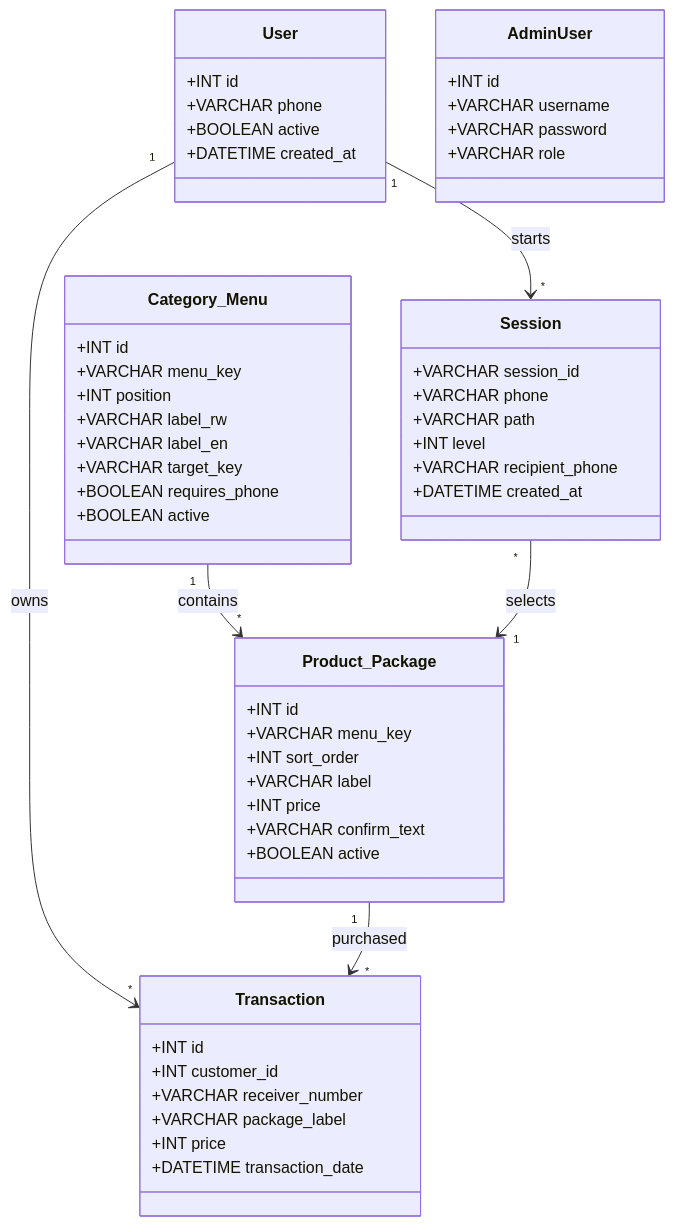
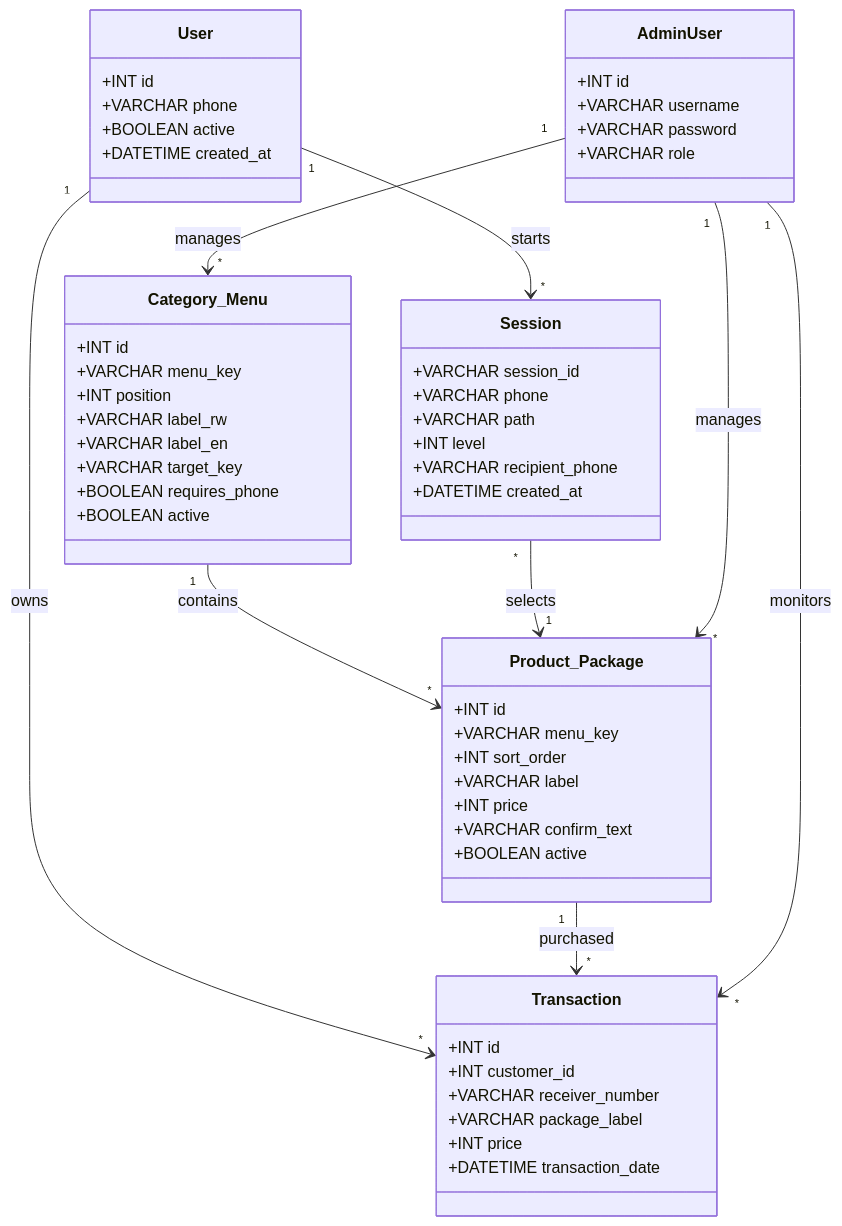
One commit to Gikundiroleondrie/USSD_api changed the first of 3 diagrams in README.md. Above: the diagram before and after it, drawn with Mermaid.

Commit message:
docs: add AdminUser relationships to Class Diagram

````diff
--- a/README.md
+++ b/README.md
@@ -45,63 +45,67 @@
 ```mermaid
 classDiagram
     direction TB
 
     class User {
         +INT id
         +VARCHAR phone
         +BOOLEAN active
         +DATETIME created_at
     }
 
     class Session {
         +VARCHAR session_id
         +VARCHAR phone
         +VARCHAR path
         +INT level
         +VARCHAR recipient_phone
         +DATETIME created_at
     }
 
     class Category_Menu {
         +INT id
         +VARCHAR menu_key
         +INT position
         +VARCHAR label_rw
         +VARCHAR label_en
         +VARCHAR target_key
         +BOOLEAN requires_phone
         +BOOLEAN active
     }
 
     class Product_Package {
         +INT id
         +VARCHAR menu_key
         +INT sort_order
         +VARCHAR label
         +INT price
         +VARCHAR confirm_text
         +BOOLEAN active
     }
 
     class Transaction {
         +INT id
         +INT customer_id
         +VARCHAR receiver_number
         +VARCHAR package_label
         +INT price
         +DATETIME transaction_date
     }
 
     class AdminUser {
         +INT id
         +VARCHAR username
         +VARCHAR password
         +VARCHAR role
     }
 
     User "1" --> "*" Session : starts
     User "1" --> "*" Transaction : owns
     Category_Menu "1" --> "*" Product_Package : contains
     Session "*" --> "1" Product_Package : selects
     Product_Package "1" --> "*" Transaction : purchased
+    
+    AdminUser "1" --> "*" Category_Menu : manages
+    AdminUser "1" --> "*" Product_Package : manages
+    AdminUser "1" --> "*" Transaction : monitors
 ```
````
